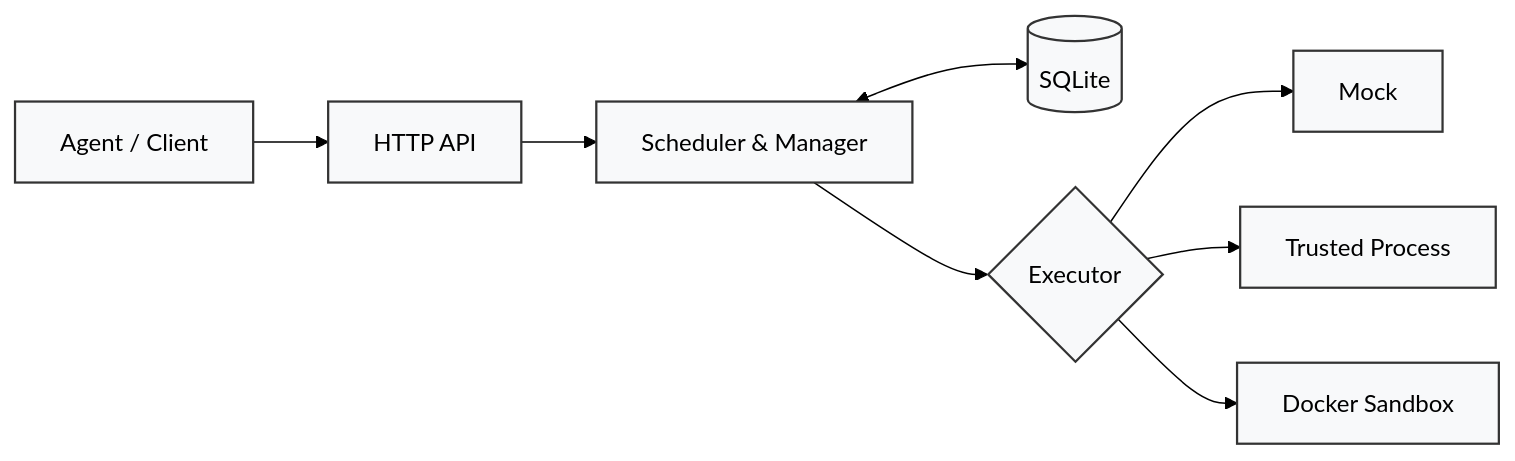
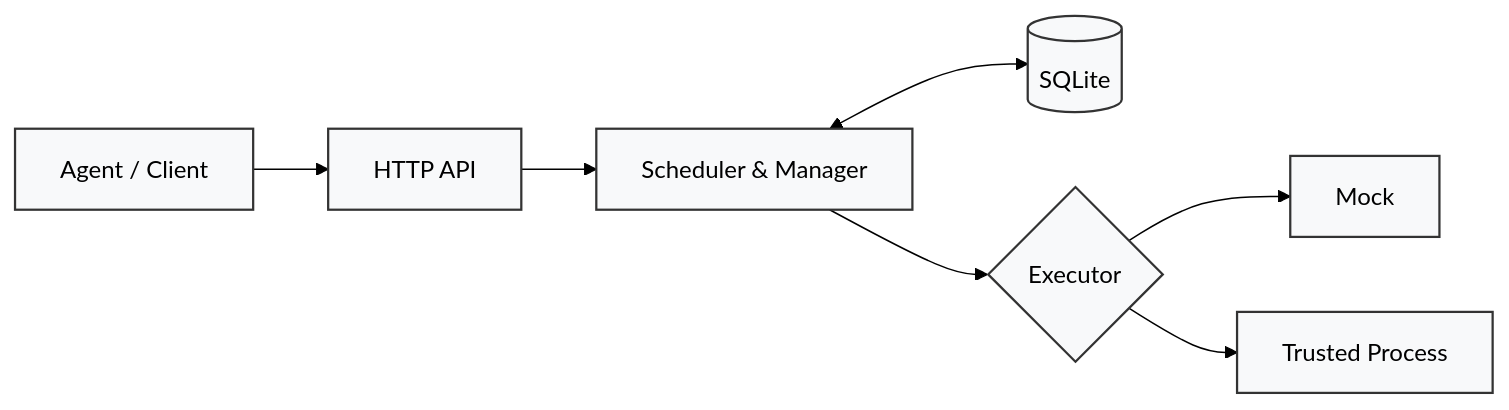
Before and after one commit to haonox/toolane: the diagram in README.md, drawn with Mermaid (forest theme). The commit also changed other lines of this file and 34 other files, not shown here.

````diff
--- a/README.md
+++ b/README.md
@@ -17,12 +17,11 @@
 ```mermaid
 flowchart LR
     Client[Agent / Client]:::box --> API[HTTP API]:::box
     API --> Manager[Scheduler & Manager]:::box
     Manager <--> Store[(SQLite)]:::box
     Manager --> Executor{Executor}:::box
     Executor --> Mock[Mock]:::box
     Executor --> Process[Trusted Process]:::box
-    Executor --> Docker[Docker Sandbox]:::box
 
     classDef box fill:#f8f9fa,stroke:#333,stroke-width:1.5px,rounded:false
 ```
````
